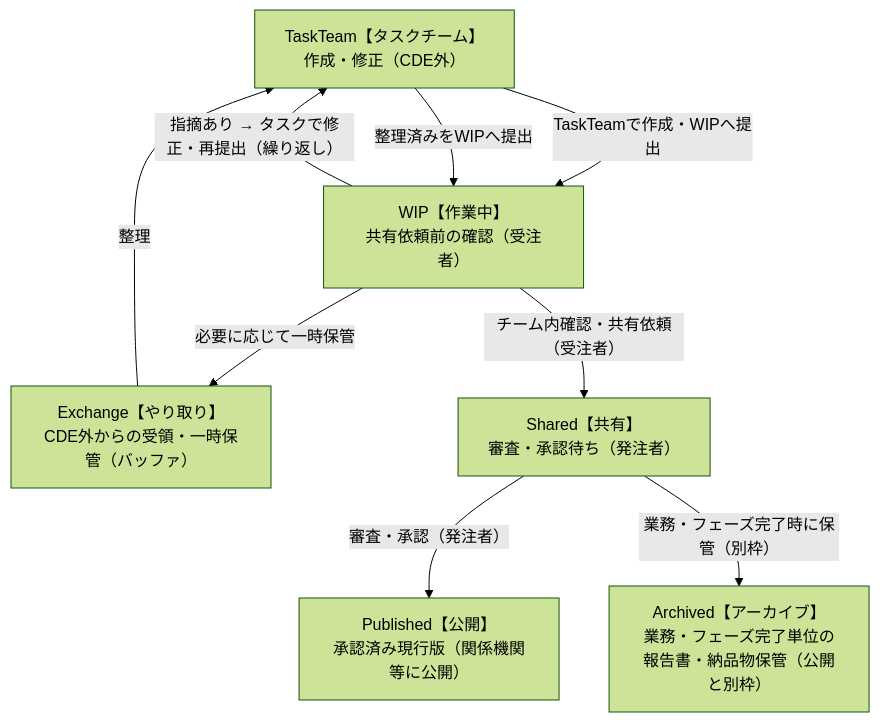
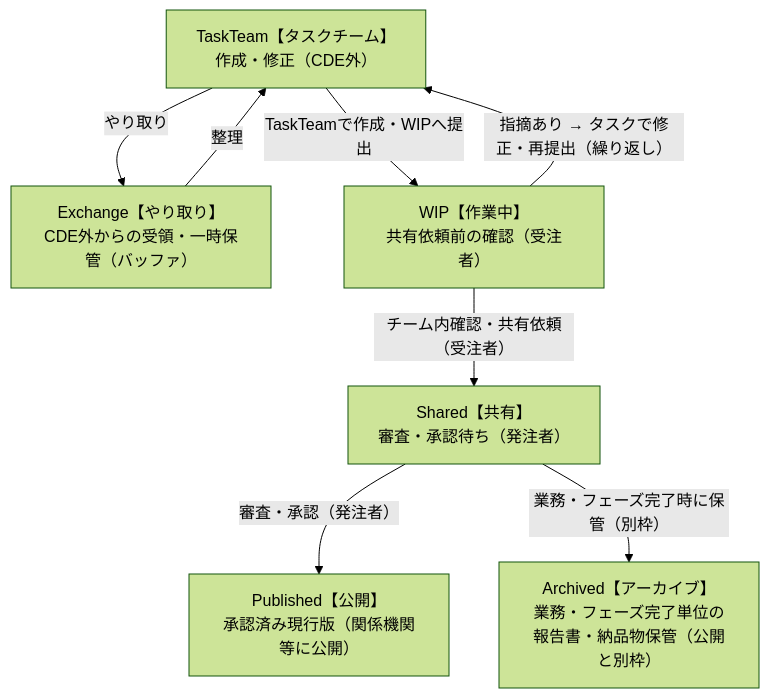
One commit to yamamoto-ryuzo/portal changed the third of 5 diagrams in articles/project-cde-guide.md. Above: the diagram before and after it, drawn with Mermaid (forest theme). The commit also changed other lines of this file, not shown here.

````diff
--- a/articles/project-cde-guide.md
+++ b/articles/project-cde-guide.md
@@ -406,18 +406,17 @@
 ```mermaid
 flowchart TD
     TT["TaskTeam【タスクチーム】<br/>作成・修正（CDE外）"]
     EX["Exchange【やり取り】<br/>CDE外からの受領・一時保管（バッファ）"]
     WIP["WIP【作業中】<br/>共有依頼前の確認（受注者）"]
     SH["Shared【共有】<br/>審査・承認待ち（発注者）"]
     PB["Published【公開】<br/>承認済み現行版（関係機関等に公開）"]
     AR["Archived【アーカイブ】<br/>業務・フェーズ完了単位の<br/>報告書・納品物保管（公開と別枠）"]
 
+    TT -->|"やり取り"| EX
     TT -->|"TaskTeamで作成・WIPへ提出"| WIP
-    WIP -->|"必要に応じて一時保管"| EX
     EX -->|"整理"| TT
-    TT -->|"整理済みをWIPへ提出"| WIP
     WIP -->|"指摘あり → タスクで修正・再提出（繰り返し）"| TT
     WIP -->|"チーム内確認・共有依頼（受注者）"| SH
     SH -->|"審査・承認（発注者）"| PB
     SH -->|"業務・フェーズ完了時に保管（別枠）"| AR
 ```
````
